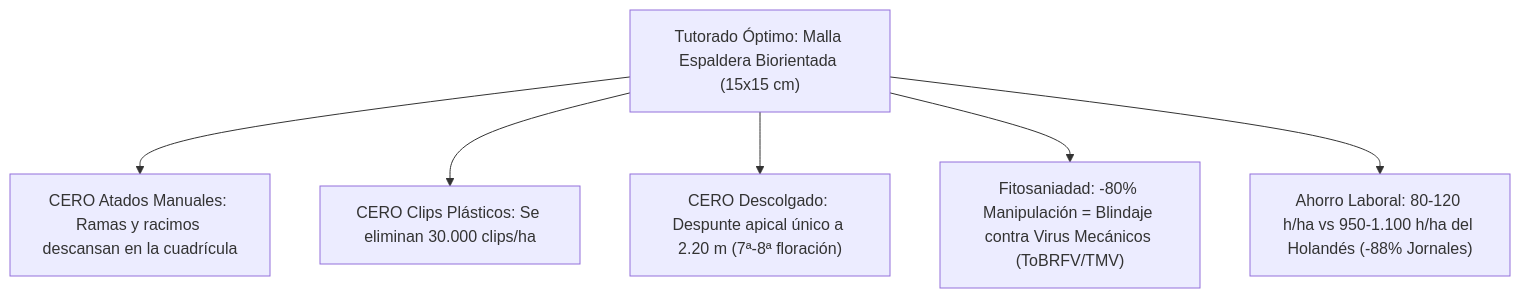
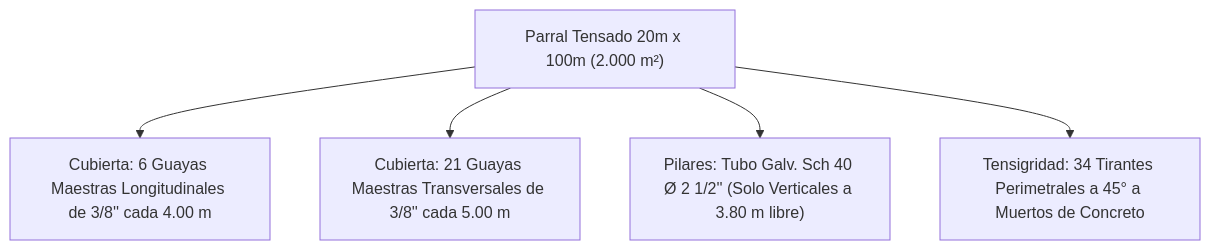
The diagram in CALCULO_TECNICO_TOMATE_QUIBOR.md (julljoll/invernadero), drawn with Mermaid before and after one commit. The commit also changed other lines of this file and 11 other files, not shown here.

````diff
--- a/CALCULO_TECNICO_TOMATE_QUIBOR.md
+++ b/CALCULO_TECNICO_TOMATE_QUIBOR.md
@@ -76,8 +71,7 @@
 ```mermaid
 graph TD
-    A["Tutorado Óptimo: Malla Espaldera Biorientada (15x15 cm)"] --> B["CERO Atados Manuales: Ramas y racimos descansan en la cuadrícula"]
-    A --> C["CERO Clips Plásticos: Se eliminan 30.000 clips/ha"]
-    A --> D["CERO Descolgado: Despunte apical único a 2.20 m (7ª-8ª floración)"]
-    A --> E["Fitosaniadad: -80% Manipulación = Blindaje contra Virus Mecánicos (ToBRFV/TMV)"]
-    A --> F["Ahorro Laboral: 80-120 h/ha vs 950-1.100 h/ha del Holandés (-88% Jornales)"]
+    A["Parral Tensado 20m x 100m (2.000 m²)"] --> B["Cubierta: 6 Guayas Maestras Longitudinales de 3/8'' cada 4.00 m"]
+    A --> C["Cubierta: 21 Guayas Maestras Transversales de 3/8'' cada 5.00 m"]
+    A --> D["Pilares: Tubo Galv. Sch 40 Ø 2 1/2'' (Solo Verticales a 3.80 m libre)"]
+    A --> E["Tensigridad: 34 Tirantes Perimetrales a 45° a Muertos de Concreto"]
 ```
````
